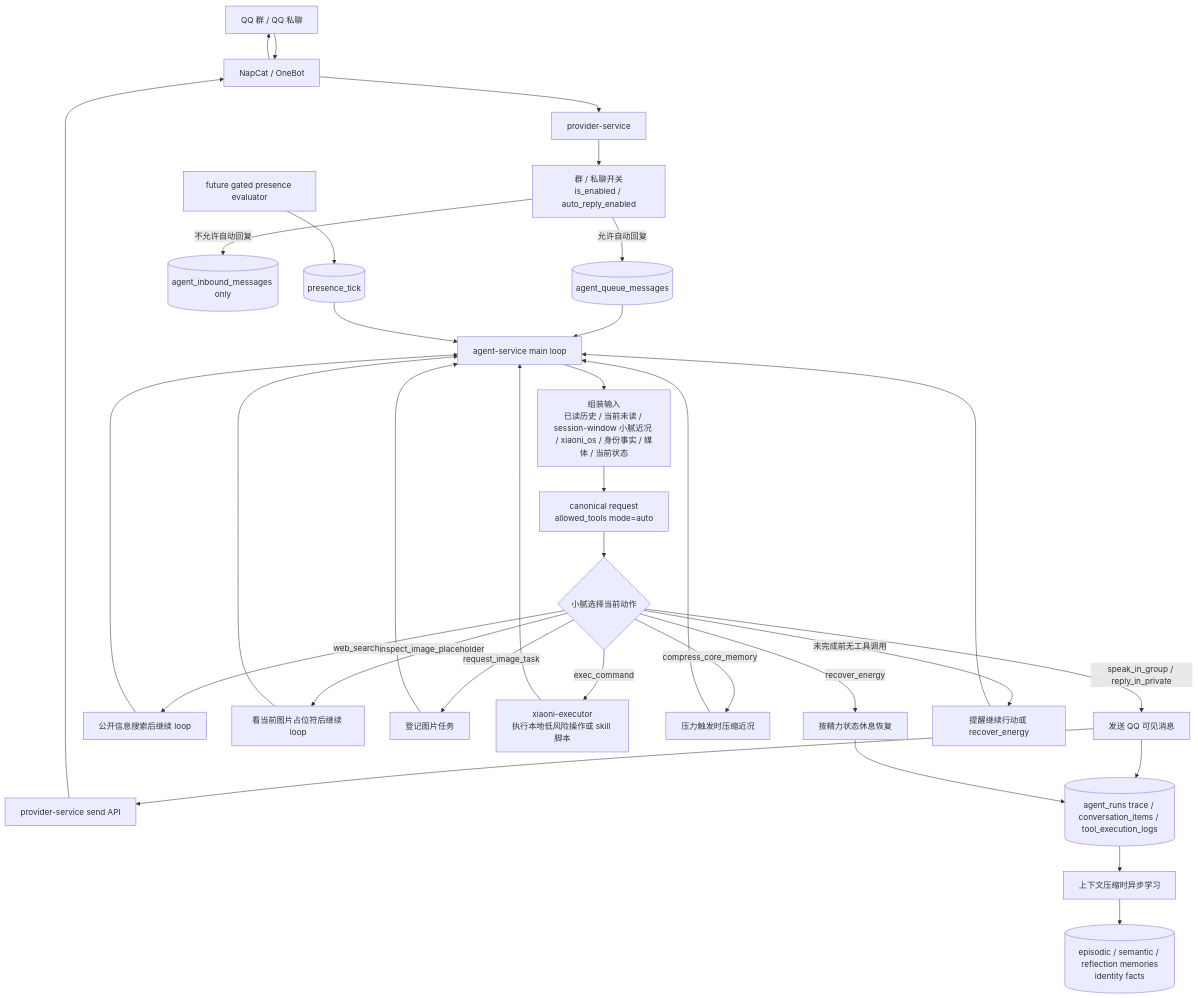
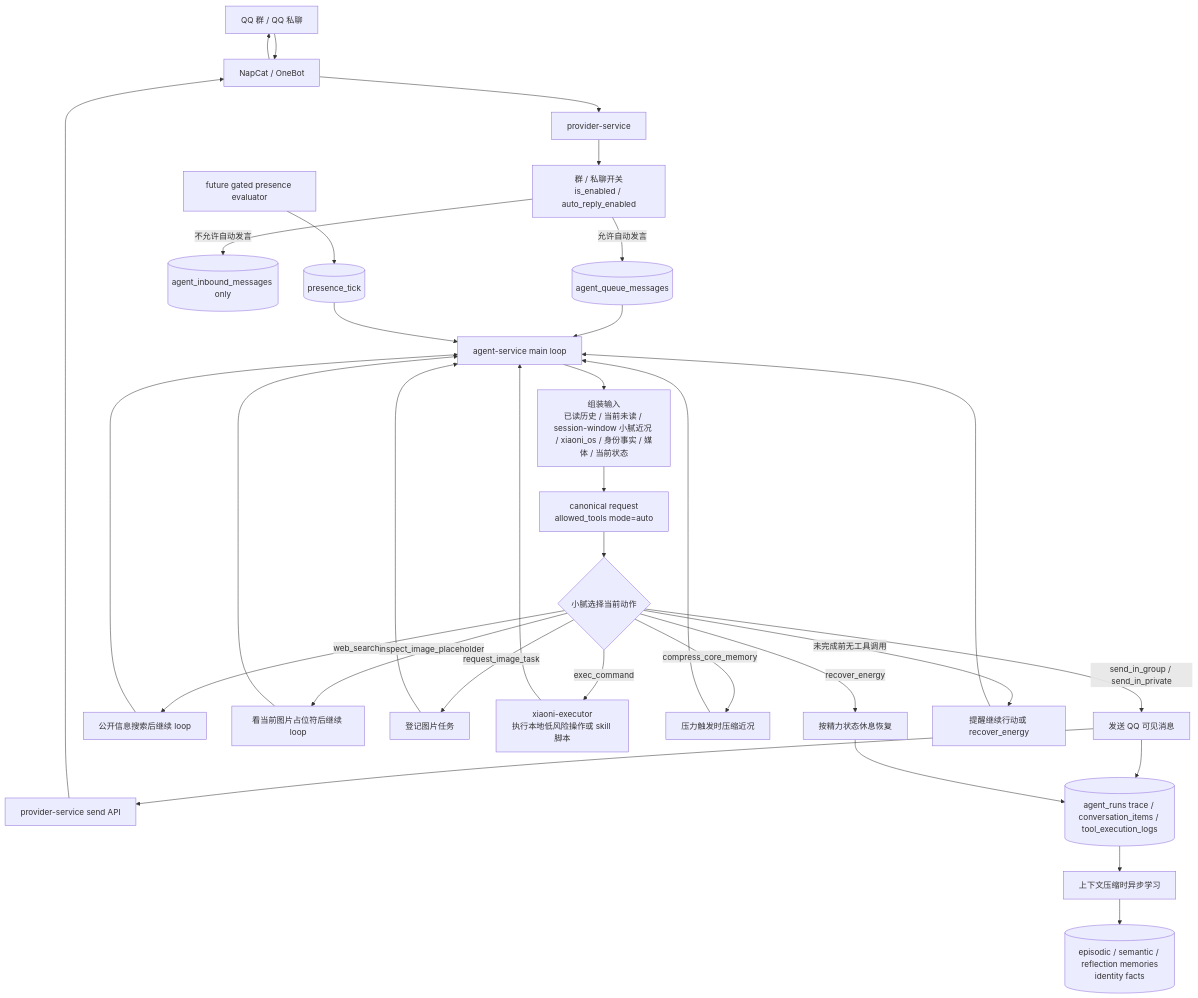
The first of 3 diagrams in docs/XIAONI_SPEAKING_FLOW.md (Hei-AI/xiaoni_cc), drawn with Mermaid before and after one commit. The commit also changed other lines of this file and 52 other files, not shown here.

````diff
--- a/docs/XIAONI_SPEAKING_FLOW.md
+++ b/docs/XIAONI_SPEAKING_FLOW.md
@@ -13,41 +13,41 @@
 ```mermaid
 flowchart TD
   QQ[QQ 群 / QQ 私聊] --> NapCat[NapCat / OneBot]
   NapCat --> Provider[provider-service]
 
   Provider --> Policy[群 / 私聊开关<br/>is_enabled / auto_reply_enabled]
-  Policy -->|允许自动回复| Queue[(agent_queue_messages)]
-  Policy -->|不允许自动回复| InboxOnly[(agent_inbound_messages only)]
+  Policy -->|允许自动发言| Queue[(agent_queue_messages)]
+  Policy -->|不允许自动发言| InboxOnly[(agent_inbound_messages only)]
 
   Queue --> Loop[agent-service main loop]
   Loop --> Context[组装输入<br/>已读历史 / 当前未读 / session-window 小腻近况 / xiaoni_os / 身份事实 / 媒体 / 当前状态]
   Context --> Request[canonical request<br/>allowed_tools mode=auto]
 
   Request --> Tools{小腻选择当前动作}
-  Tools -->|speak_in_group / reply_in_private| Send[发送 QQ 可见消息]
+  Tools -->|send_in_group / send_in_private| Send[发送 QQ 可见消息]
   Tools -->|web_search| Search[公开信息搜索后继续 loop]
   Tools -->|inspect_image_placeholder| Inspect[看当前图片占位符后继续 loop]
   Tools -->|request_image_task| ImageTask[登记图片任务]
   Tools -->|exec_command| Exec[xiaoni-executor<br/>执行本地低风险操作或 skill 脚本]
   Tools -->|compress_core_memory| Compress[压力触发时压缩近况]
   Tools -->|recover_energy| Rest[按精力状态休息恢复]
   Tools -->|未完成前无工具调用| Continue[提醒继续行动或 recover_energy]
 
   Send --> ProviderSend[provider-service send API]
   ProviderSend --> NapCat --> QQ
 
   Search --> Loop
   Inspect --> Loop
   ImageTask --> Loop
   Exec --> Loop
   Compress --> Loop
   Continue --> Loop
 
   Send --> Record[(agent_runs trace / conversation_items / tool_execution_logs)]
   Rest --> Record
   Record --> Learn[上下文压缩时异步学习]
   Learn --> Memory[(episodic / semantic / reflection memories<br/>identity facts)]
 
   PresenceEval[future gated presence evaluator] --> PresenceQueue[(presence_tick)]
   PresenceQueue --> Loop
 ```
````
